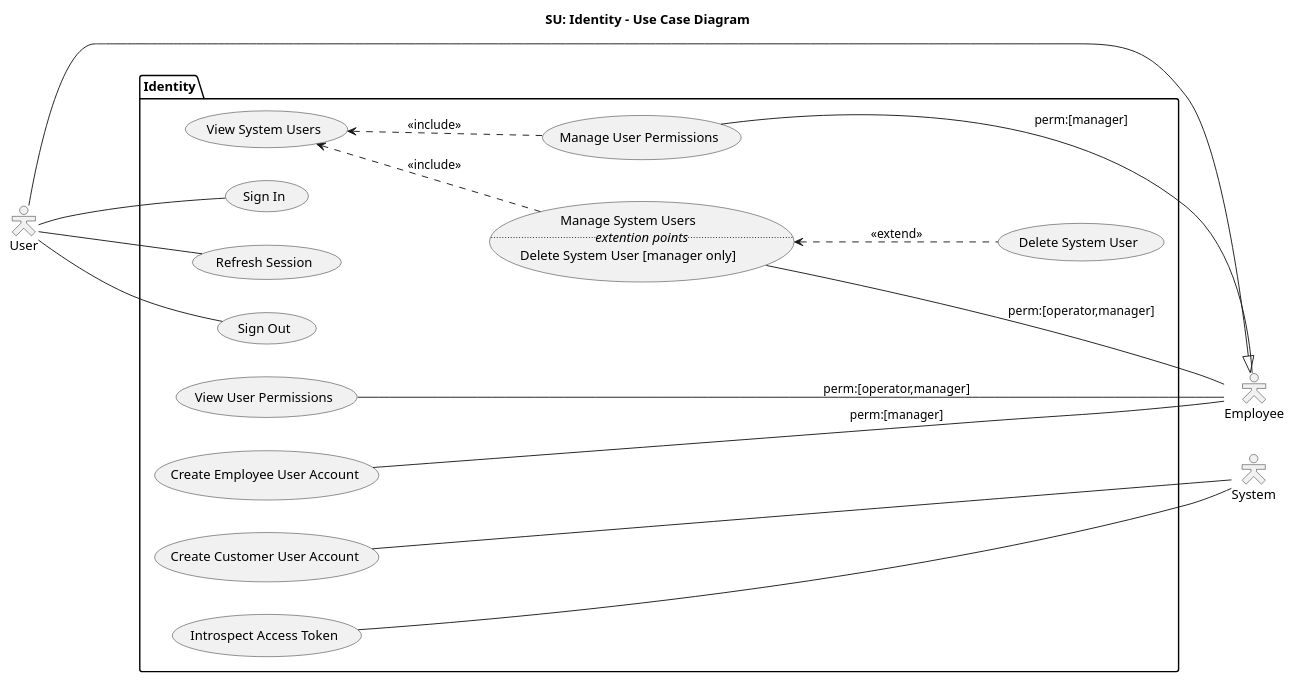
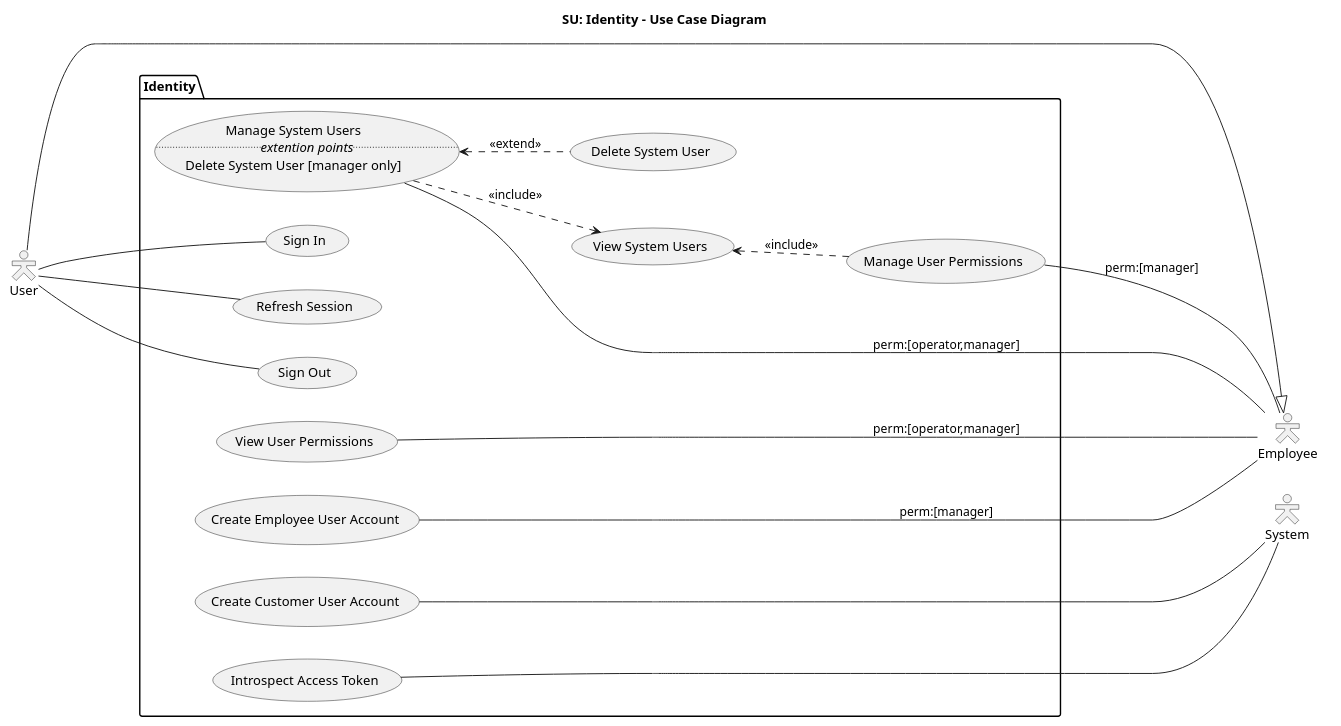
Before and after one commit to draganovik/matterway: the diagram in docs/SU Identity - Use Case Diagram.puml, drawn with PlantUML.

Commit message:
Fix arrow direction in use case diagram
Adjust the PlantUML use case diagram to correct the include relationship between manageSystemUsers and viewSystemUsers by changing the connector from `.up.>` to `.down.>`. This fixes the arrow orientation/visual layout in docs/SU Identity - Use Case Diagram.puml.

```diff
--- a/docs/SU Identity - Use Case Diagram.puml
+++ b/docs/SU Identity - Use Case Diagram.puml
@@ -1,50 +1,50 @@
 @startuml SUIdentityUseCaseDiagram
 title SU: Identity - Use Case Diagram
 left to right direction
 skinparam shadowing false
 skinparam actorStyle hollow
 
 actor user as "User"
 
 rectangle #line:transparent {
   actor empl as "Employee"
   actor sysm as "System"
 }
 
 user --|> empl
 
 package "Identity" {
   usecase signIn as "Sign In"
   usecase refreshSession as "Refresh Session"
   usecase signOut as "Sign Out"
 
   usecase manageSystemUsers as "Manage System Users
                                 ..<i>extention points</i>..
                                 Delete System User [manager only]"
   usecase deleteSystemUser as "Delete System User"
   usecase viewSystemUsers as "View System Users"
 
   usecase viewUserPermissions as "View User Permissions"
   usecase manageUserPermissions as "Manage User Permissions"
 
   usecase createEmployeeAccount as "Create Employee User Account"
   usecase createCustomerAccount as "Create Customer User Account"
   usecase introspectAccessToken as "Introspect Access Token"
 
-  manageSystemUsers .up.> viewSystemUsers : <<include>>
+  manageSystemUsers .down.> viewSystemUsers : <<include>>
   manageUserPermissions .up.> viewSystemUsers : <<include>>
   deleteSystemUser .up.> manageSystemUsers : <<extend>>
 }
 
 user --- signIn
 user --- refreshSession
 user --- signOut
 
 manageSystemUsers --- empl : perm:[operator,manager]
 viewUserPermissions --- empl : perm:[operator,manager]
 manageUserPermissions --- empl : perm:[manager]
 createEmployeeAccount --- empl : perm:[manager]
 
 introspectAccessToken --- sysm
 createCustomerAccount --- sysm
 @enduml
```
